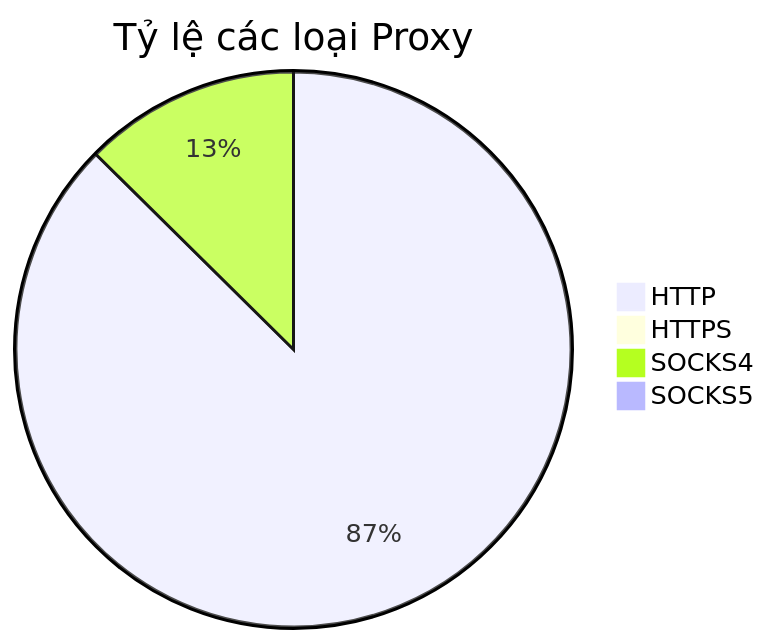
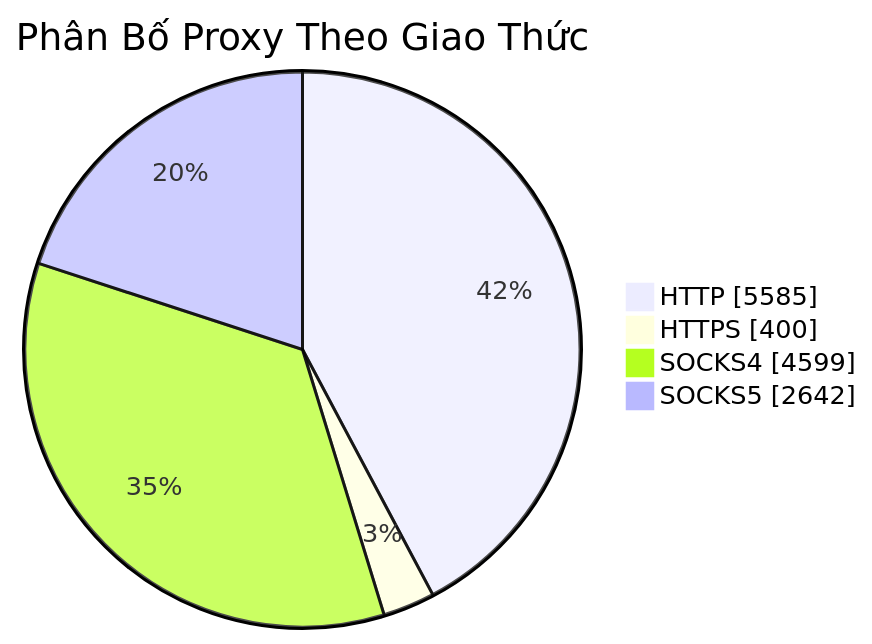
Before and after one commit to Ciara-Aa/PROXY-free: the diagram in README.md, drawn with Mermaid. The commit also changed other lines of this file and 4 other files, not shown here.

````diff
--- a/README.md
+++ b/README.md
@@ -26,7 +26,7 @@
 ```mermaid
-pie title Tỷ lệ các loại Proxy
-    "HTTP" : 111
-    "HTTPS" : 0
-    "SOCKS4" : 16
-    "SOCKS5" : 0
+pie showData title Phân Bố Proxy Theo Giao Thức
+    "HTTP" : 5585
+    "HTTPS" : 400
+    "SOCKS4" : 4599
+    "SOCKS5" : 2642
 ```
````
